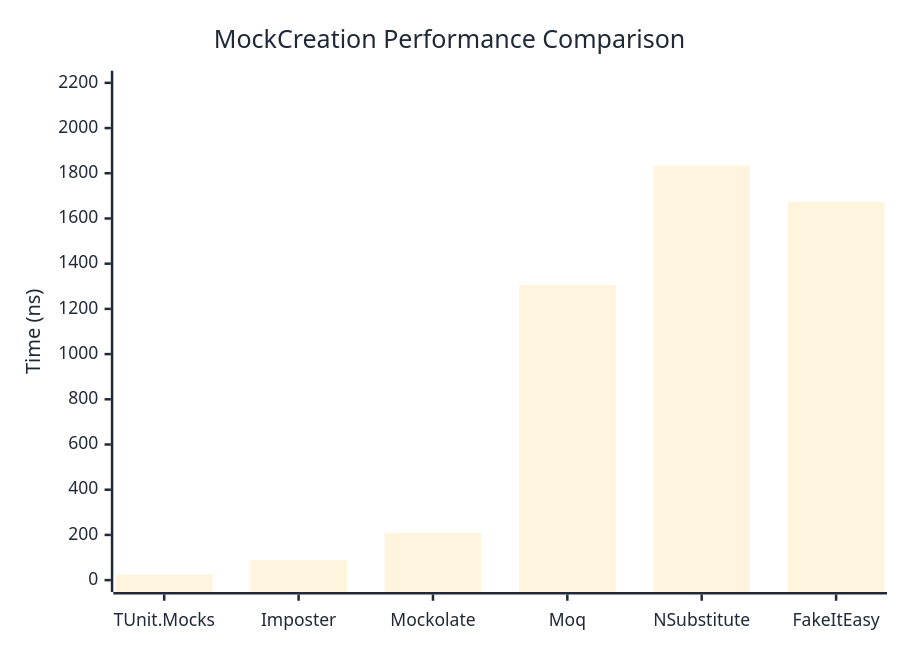
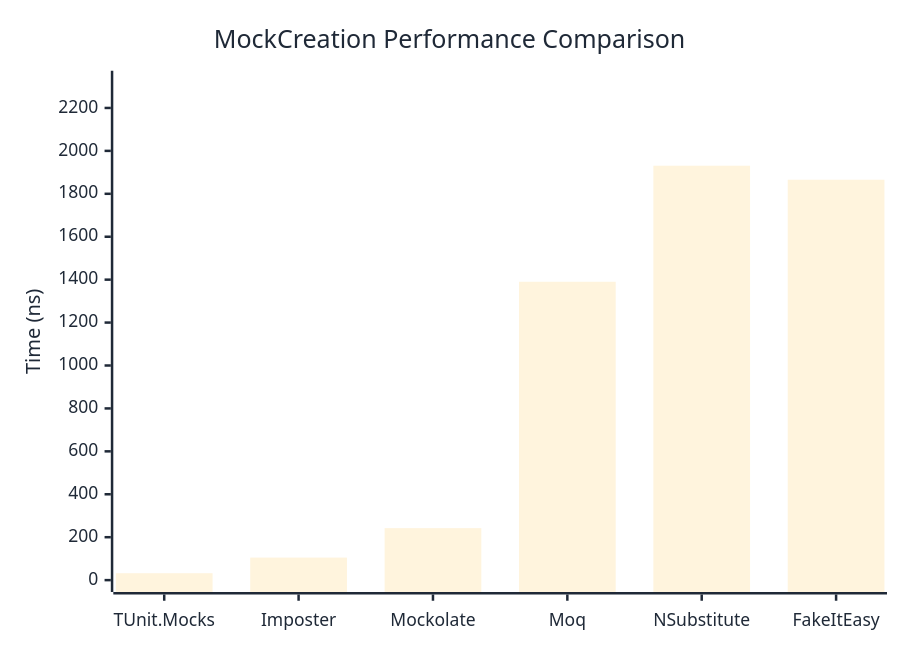
Before and after one commit to weiyilai/TUnit: the first of 2 diagrams in docs/docs/benchmarks/mocks/MockCreation.md, drawn with Mermaid. The commit also changed other lines of this file and 14 other files, not shown here.

````diff
--- a/docs/docs/benchmarks/mocks/MockCreation.md
+++ b/docs/docs/benchmarks/mocks/MockCreation.md
@@ -28,27 +28,27 @@
 ```mermaid
 %%{init: {
   'theme':'base',
   'themeVariables': {
     'primaryColor': '#2563eb',
     'primaryTextColor': '#1f2937',
     'primaryBorderColor': '#1e40af',
     'lineColor': '#6b7280',
     'secondaryColor': '#7c3aed',
     'tertiaryColor': '#dc2626',
     'background': '#ffffff',
     'pie1': '#2563eb',
     'pie2': '#7c3aed',
     'pie3': '#dc2626',
     'pie4': '#f59e0b',
     'pie5': '#10b981',
     'pie6': '#06b6d4',
     'pie7': '#ec4899',
     'pie8': '#6366f1'
   }
 }}%%
 xychart-beta
   title "MockCreation Performance Comparison"
   x-axis ["TUnit.Mocks", "Imposter", "Mockolate", "Moq", "NSubstitute", "FakeItEasy"]
-  y-axis "Time (ns)" 0 --> 2201
-  bar [25.11, 88.6, 209.38, 1305.84, 1833.42, 1672.98]
+  y-axis "Time (ns)" 0 --> 2318
+  bar [32.18, 105.02, 242.21, 1390.17, 1930.86, 1865.52]
 ```
````
